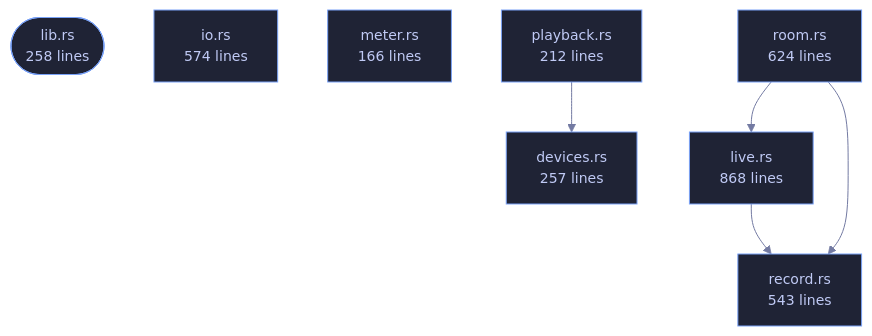
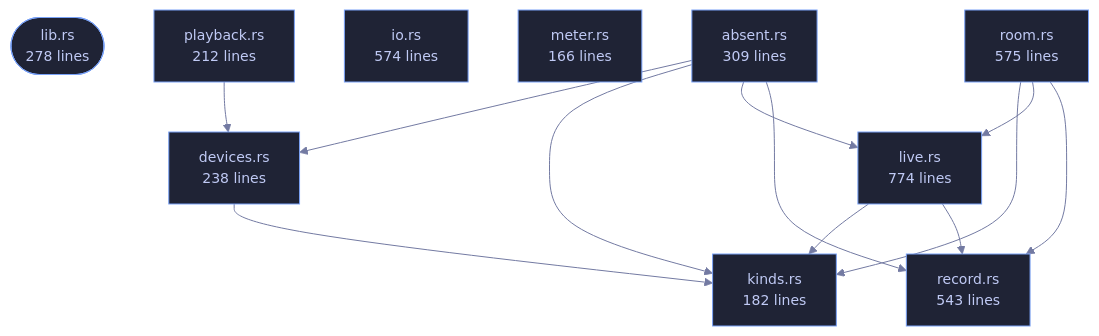
One commit to tilas01/veilvoice changed the diagram in crates/veilvoice-audio/README.md. Above: the diagram before and after it, drawn with Mermaid. The commit also changed other lines of this file and 62 other files, not shown here.

````diff
--- a/crates/veilvoice-audio/README.md
+++ b/crates/veilvoice-audio/README.md
@@ -80,24 +80,35 @@
 ```mermaid
 %%{init: {"theme":"base","themeVariables":{"background":"#1a1b26","primaryColor":"#1f2335","primaryTextColor":"#c0caf5","primaryBorderColor":"#7aa2f7","secondaryColor":"#16161e","tertiaryColor":"#16161e","lineColor":"#737aa2","textColor":"#c0caf5","mainBkg":"#1f2335","nodeBorder":"#7aa2f7","clusterBkg":"#16161e","clusterBorder":"#2f3549","fontFamily":"ui-monospace, SFMono-Regular, Consolas, monospace","fontSize":"14px"}}}%%
 flowchart TD
-    n_lib(["lib.rs<br/>258 lines"])
-    n_devices["devices.rs<br/>257 lines"]
+    n_lib(["lib.rs<br/>278 lines"])
+    n_absent["absent.rs<br/>309 lines"]
+    n_devices["devices.rs<br/>238 lines"]
     n_io["io.rs<br/>574 lines"]
-    n_live["live.rs<br/>868 lines"]
+    n_kinds["kinds.rs<br/>182 lines"]
+    n_live["live.rs<br/>774 lines"]
     n_meter["meter.rs<br/>166 lines"]
     n_playback["playback.rs<br/>212 lines"]
     n_record["record.rs<br/>543 lines"]
-    n_room["room.rs<br/>624 lines"]
+    n_room["room.rs<br/>575 lines"]
+    n_absent --> n_devices
+    n_absent --> n_kinds
+    n_absent --> n_live
+    n_absent --> n_record
+    n_devices --> n_kinds
+    n_live --> n_kinds
     n_live --> n_record
     n_playback --> n_devices
+    n_room --> n_kinds
     n_room --> n_live
     n_room --> n_record
     click n_lib href "https://github.com/tilas01/veilvoice/blob/main/crates/veilvoice-audio/src/lib.rs" "open the source"
+    click n_absent href "https://github.com/tilas01/veilvoice/blob/main/crates/veilvoice-audio/src/absent.rs" "open the source"
     click n_devices href "https://github.com/tilas01/veilvoice/blob/main/crates/veilvoice-audio/src/devices.rs" "open the source"
     click n_io href "https://github.com/tilas01/veilvoice/blob/main/crates/veilvoice-audio/src/io.rs" "open the source"
+    click n_kinds href "https://github.com/tilas01/veilvoice/blob/main/crates/veilvoice-audio/src/kinds.rs" "open the source"
     click n_live href "https://github.com/tilas01/veilvoice/blob/main/crates/veilvoice-audio/src/live.rs" "open the source"
     click n_meter href "https://github.com/tilas01/veilvoice/blob/main/crates/veilvoice-audio/src/meter.rs" "open the source"
     click n_playback href "https://github.com/tilas01/veilvoice/blob/main/crates/veilvoice-audio/src/playback.rs" "open the source"
     click n_record href "https://github.com/tilas01/veilvoice/blob/main/crates/veilvoice-audio/src/record.rs" "open the source"
     click n_room href "https://github.com/tilas01/veilvoice/blob/main/crates/veilvoice-audio/src/room.rs" "open the source"
 ```
````
